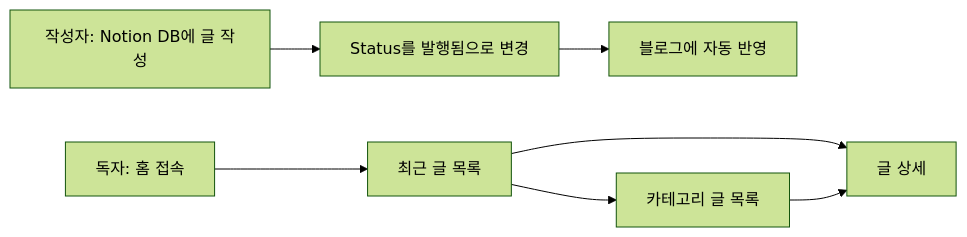
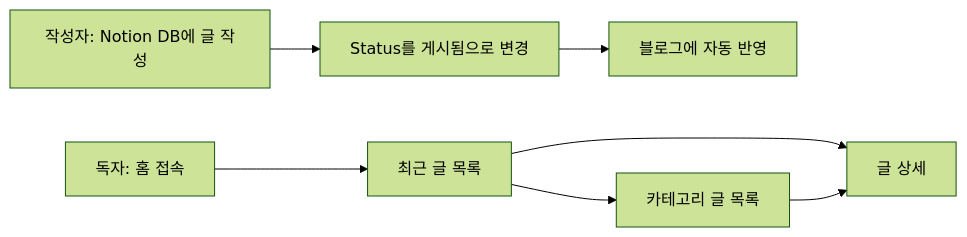
One commit to iwasthomas/claude-study changed the diagram in invoice-web/docs/PRD.md. Above: the diagram before and after it, drawn with Mermaid (forest theme). The commit also changed other lines of this file and 3 other files, not shown here.

````diff
--- a/invoice-web/docs/PRD.md
+++ b/invoice-web/docs/PRD.md
@@ -29,9 +29,9 @@
 ```mermaid
 flowchart LR
-    A[작성자: Notion DB에 글 작성] --> B[Status를 발행됨으로 변경]
+    A[작성자: Notion DB에 글 작성] --> B[Status를 게시됨으로 변경]
     B --> C[블로그에 자동 반영]
     D[독자: 홈 접속] --> E[최근 글 목록]
     E --> F[글 상세]
     E --> G[카테고리 글 목록]
     G --> F
 ```
````
